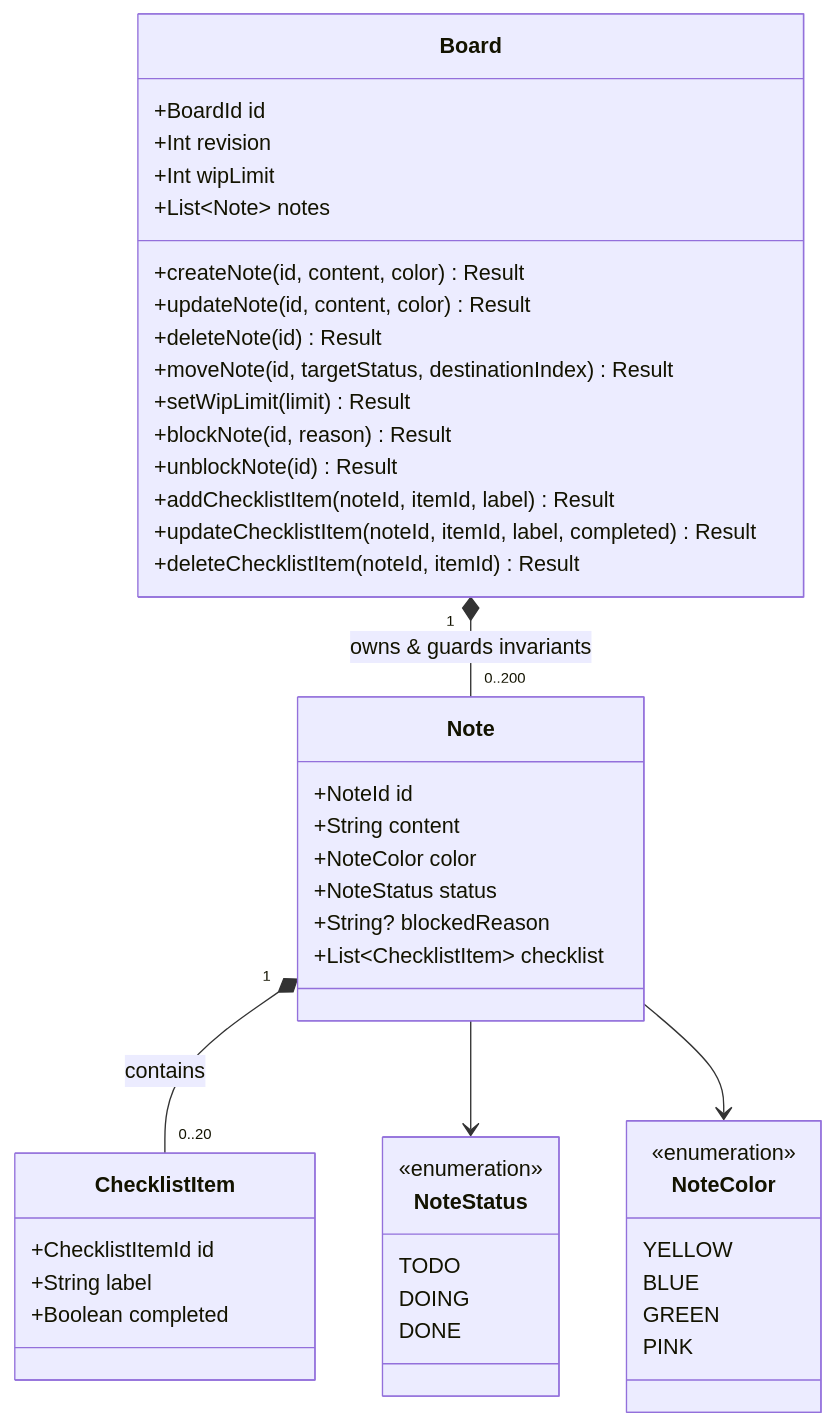
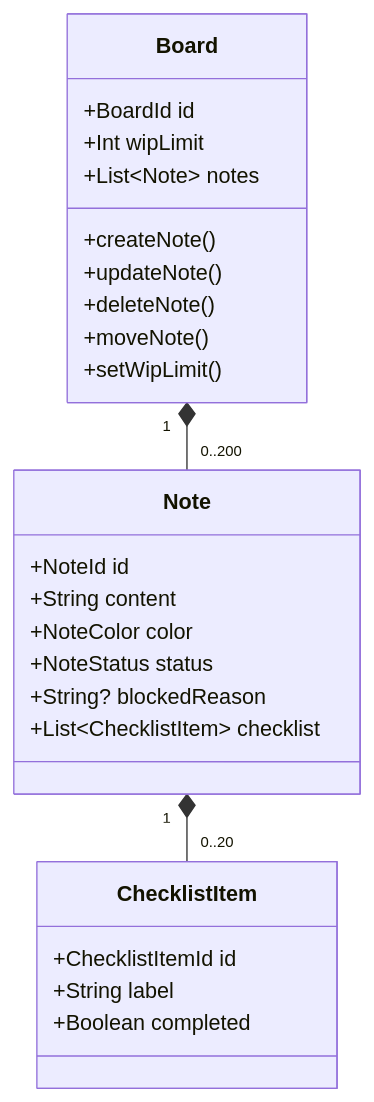
One commit to lorenzotosi/sticky-notes changed the second of 3 diagrams in docs/architecture.md. Above: the diagram before and after it, drawn with Mermaid. The commit also changed other lines of this file and 20 other files, not shown here.

````diff
--- a/docs/architecture.md
+++ b/docs/architecture.md
@@ -14,54 +30,28 @@
 ```mermaid
 classDiagram
     class Board {
         +BoardId id
-        +Int revision
         +Int wipLimit
         +List~Note~ notes
-        +createNote(id, content, color) Result
-        +updateNote(id, content, color) Result
-        +deleteNote(id) Result
-        +moveNote(id, targetStatus, destinationIndex) Result
-        +setWipLimit(limit) Result
-        +blockNote(id, reason) Result
-        +unblockNote(id) Result
-        +addChecklistItem(noteId, itemId, label) Result
-        +updateChecklistItem(noteId, itemId, label, completed) Result
-        +deleteChecklistItem(noteId, itemId) Result
+        +createNote()
+        +updateNote()
+        +deleteNote()
+        +moveNote()
+        +setWipLimit()
     }
-
     class Note {
         +NoteId id
         +String content
         +NoteColor color
         +NoteStatus status
         +String? blockedReason
         +List~ChecklistItem~ checklist
     }
-
     class ChecklistItem {
         +ChecklistItemId id
         +String label
         +Boolean completed
     }
-
-    class NoteStatus {
-        <<enumeration>>
-        TODO
-        DOING
-        DONE
-    }
-
-    class NoteColor {
-        <<enumeration>>
-        YELLOW
-        BLUE
-        GREEN
-        PINK
-    }
-
-    Board "1" *-- "0..200" Note : owns & guards invariants
-    Note "1" *-- "0..20" ChecklistItem : contains
-    Note --> NoteStatus
-    Note --> NoteColor
+    Board "1" *-- "0..200" Note
+    Note "1" *-- "0..20" ChecklistItem
 ```
````
